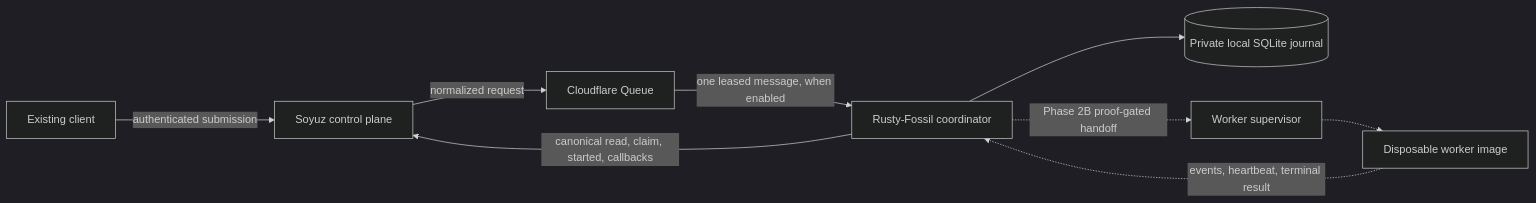
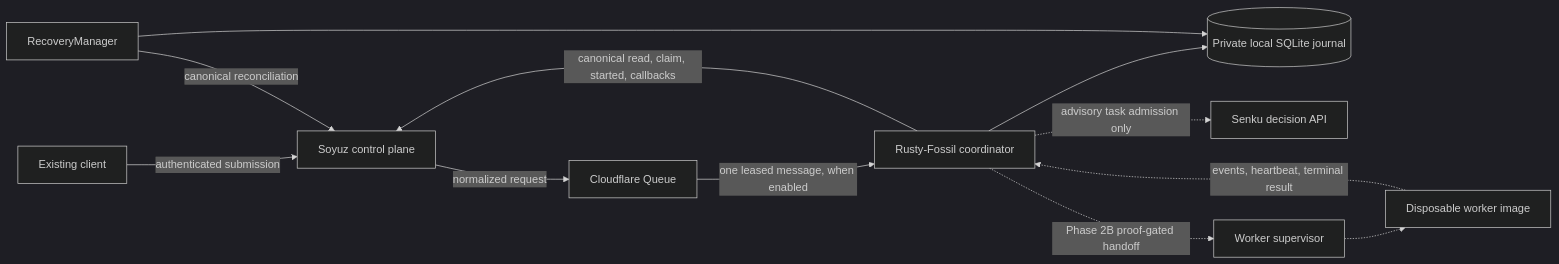
One commit to CyanAutomation/rusty-fossil changed the first of 3 diagrams in docs/ARCHITECTURE.md. Above: the diagram before and after it, drawn with Mermaid (dark theme). The commit also changed other lines of this file and 22 other files, not shown here.

Commit message:
Implement recovery hardening and Senku advisory client

````diff
--- a/docs/ARCHITECTURE.md
+++ b/docs/ARCHITECTURE.md
@@ -9,11 +9,14 @@
 ```mermaid
 flowchart LR
     Client[Existing client] -->|authenticated submission| Soyuz[Soyuz control plane]
     Soyuz -->|normalized request| Queue[Cloudflare Queue]
     Queue -->|one leased message, when enabled| Coordinator[Rusty-Fossil coordinator]
     Coordinator -->|canonical read, claim, started, callbacks| Soyuz
     Coordinator --> SQLite[(Private local SQLite journal)]
+    Coordinator -.->|advisory task admission only| Senku[Senku decision API]
+    Recovery[RecoveryManager] -->|canonical reconciliation| Soyuz
+    Recovery --> SQLite
     Coordinator -.->|Phase 2B proof-gated handoff| Supervisor[Worker supervisor]
     Supervisor -.-> Worker[Disposable worker image]
     Worker -.->|events, heartbeat, terminal result| Coordinator
 ```
````
